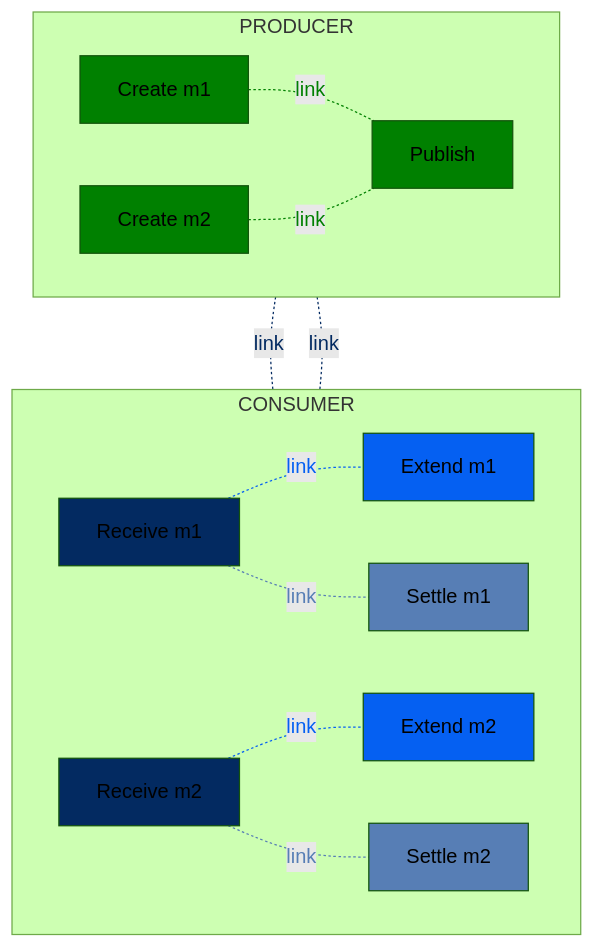
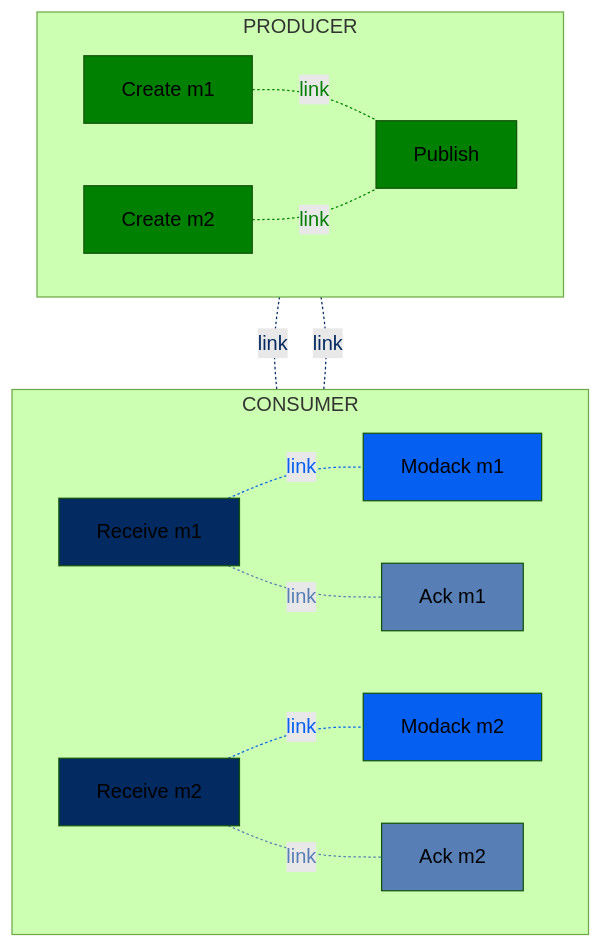
Diagram 14 of 29 in docs/messaging/gcp-pubsub.md (alevenberg/semantic-conventions), drawn with Mermaid (forest theme) before and after one commit. The commit also changed other lines of this file, not shown here.

Commit message:
wip, change to ack/modack

````diff
--- a/docs/messaging/gcp-pubsub.md
+++ b/docs/messaging/gcp-pubsub.md
@@ -680,54 +680,54 @@
 ```mermaid
 flowchart TD;
   subgraph CONSUMER
   direction LR
   RM1[Receive m1]
-  SM1[Settle m1]
-  LM1[Extend m1]
+  SM1[Ack m1]
+  LM1[Modack m1]
    RM2[Receive m2]
-  SM2[Settle m2]
-  LM2[Extend m2]  
+  SM2[Ack m2]
+  LM2[Modack m2]  
 
   end
   subgraph PRODUCER
   direction LR
   CM1[Create m1]
   CM2[Create m2]
   P[Publish]
   end
    %% Link 6 
 CM1-. link .-P;
    %% Link 7 
   CM2-. link .-P;
     %% Link 8
   CM1-. link .-RM1;
     %% Link 9
  CM2-. link .-RM2;
        %% Link 10
  RM1-. link .-LM1
     %% Link 11
  RM2-. link .-LM2
      %% Link 12
  RM1-. link .-SM1;
    %% Link 13
   RM2-. link .-SM2;
 
   %% Style the node and corresponding link
   %% Producer links and nodes
   classDef producer fill:green
   class P,CM1,CM2 producer
   linkStyle 0,1 color:green,stroke:green
 
   %% Consumer links and nodes
   classDef consumer fill:#032a61
   class RM1,RM2 consumer
   linkStyle 2,3 color:#032a61,stroke:#032a61
 
   classDef lease fill:#0560f2
   class LM1,LM2 lease
   linkStyle 4,5 color:#0560f2,stroke:#0560f2
 
   classDef ack fill:#577eb5
   class SM1,SM2 ack
  linkStyle 6,7 color:#577eb5,stroke:#577eb5
 ```
````
